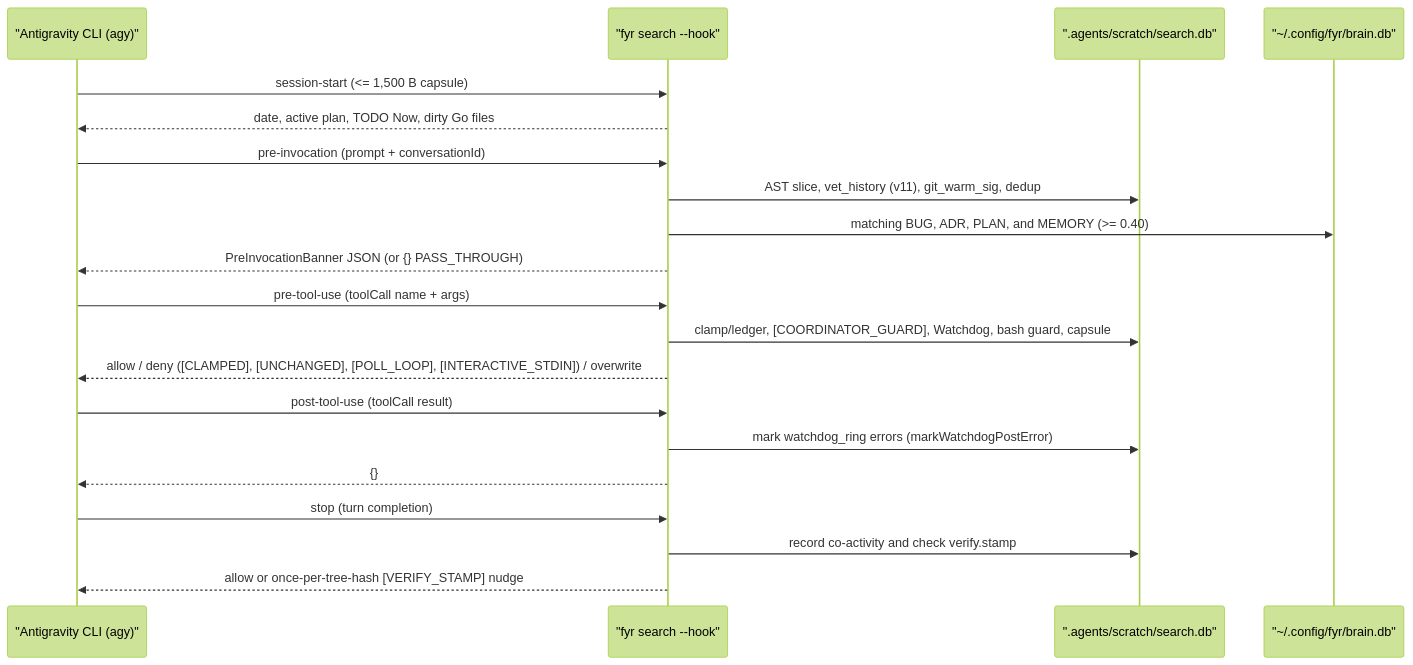
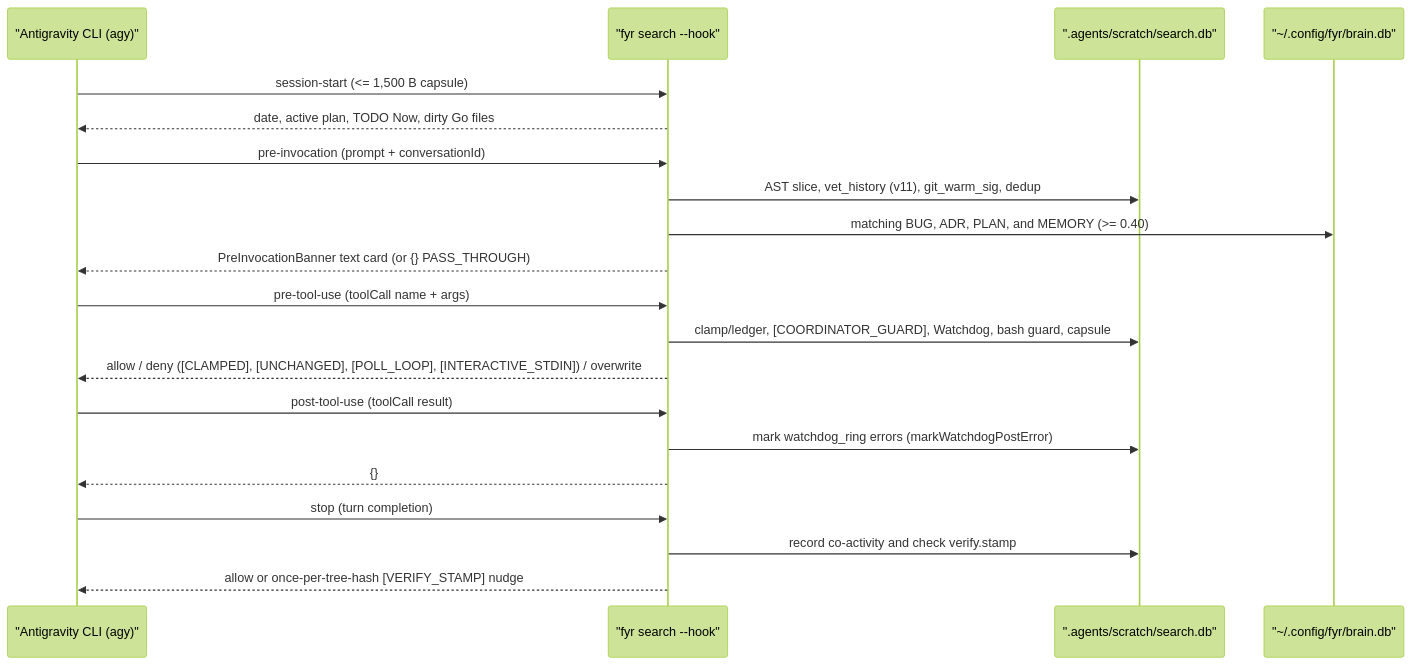
Before and after one commit to kesokaj/fyr: the first of 7 diagrams in features/hooks-and-ast-graph.md, drawn with Mermaid (forest theme). The commit also changed other lines of this file and 29 other files, not shown here.

Commit message:
feat(search,harness,docs): replace JSON telemetry with structured text and Markdown across all 5 surfaces

````diff
--- a/features/hooks-and-ast-graph.md
+++ b/features/hooks-and-ast-graph.md
@@ -9,22 +9,22 @@
 ```mermaid
 sequenceDiagram
     participant Agy as "Antigravity CLI (agy)"
     participant Hook as "fyr search --hook"
     participant DB as ".agents/scratch/search.db"
     participant Brain as "~/.config/fyr/brain.db"
     Agy->>Hook: session-start (<= 1,500 B capsule)
     Hook-->>Agy: date, active plan, TODO Now, dirty Go files
     Agy->>Hook: pre-invocation (prompt + conversationId)
     Hook->>DB: AST slice, vet_history (v11), git_warm_sig, dedup
     Hook->>Brain: matching BUG, ADR, PLAN, and MEMORY (>= 0.40)
-    Hook-->>Agy: PreInvocationBanner JSON (or {} PASS_THROUGH)
+    Hook-->>Agy: PreInvocationBanner text card (or {} PASS_THROUGH)
     Agy->>Hook: pre-tool-use (toolCall name + args)
     Hook->>DB: clamp/ledger, [COORDINATOR_GUARD], Watchdog, bash guard, capsule
     Hook-->>Agy: allow / deny ([CLAMPED], [UNCHANGED], [POLL_LOOP], [INTERACTIVE_STDIN]) / overwrite
     Agy->>Hook: post-tool-use (toolCall result)
     Hook->>DB: mark watchdog_ring errors (markWatchdogPostError)
     Hook-->>Agy: {}
     Agy->>Hook: stop (turn completion)
     Hook->>DB: record co-activity and check verify.stamp
     Hook-->>Agy: allow or once-per-tree-hash [VERIFY_STAMP] nudge
 ```
````
